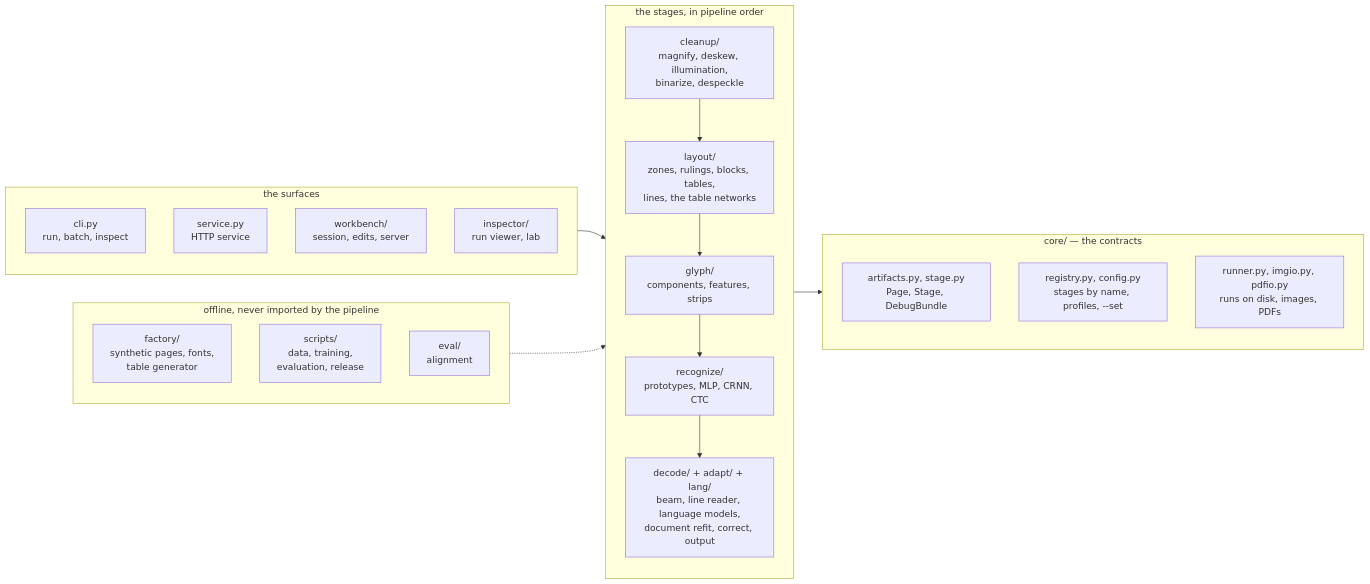
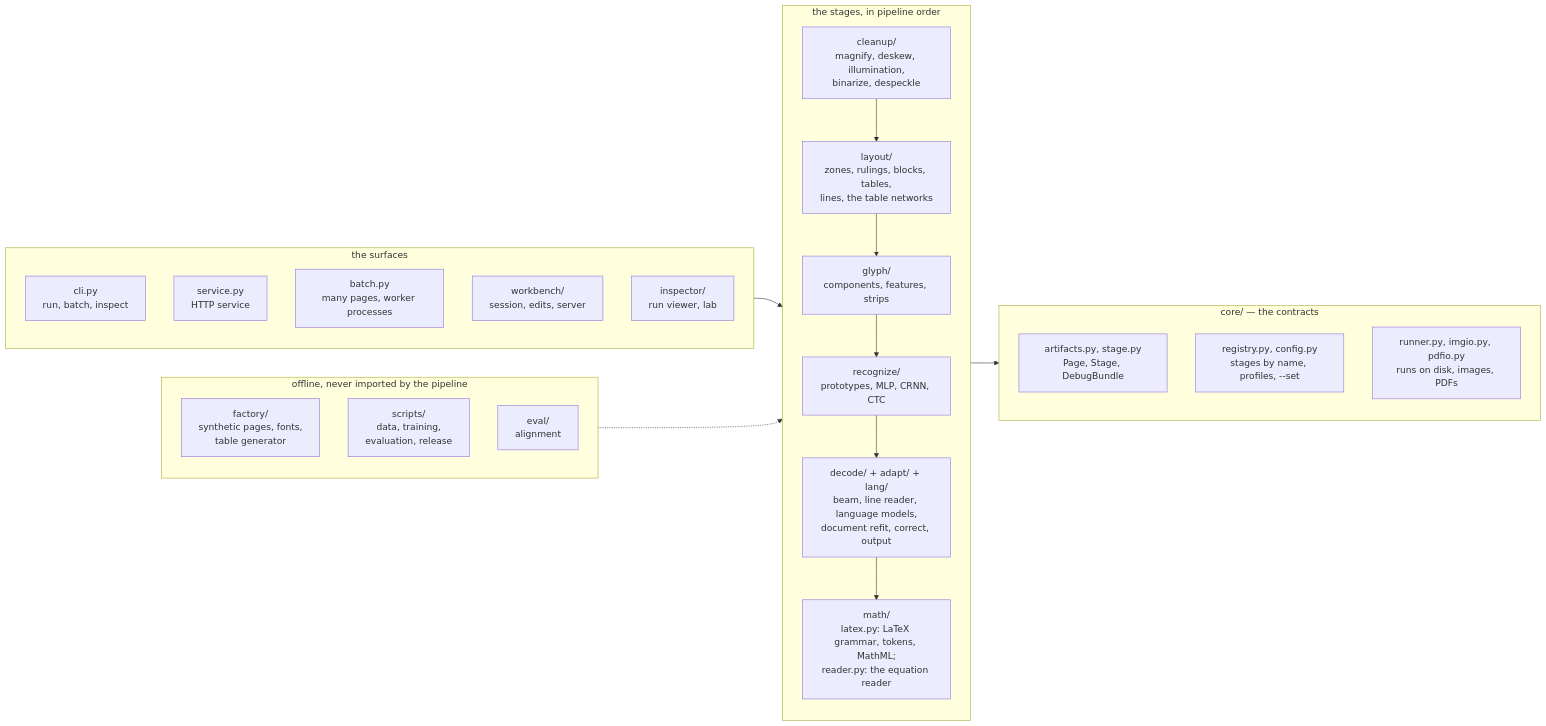
Before and after one commit to msharpe248/mlws-ocr: the second of 13 diagrams in docs/ARCHITECTURE.md, drawn with Mermaid. The commit also changed other lines of this file and 25 other files, not shown here.

````diff
--- a/docs/ARCHITECTURE.md
+++ b/docs/ARCHITECTURE.md
@@ -76,33 +76,35 @@
 ```mermaid
 flowchart LR
     subgraph surfaces["the surfaces"]
         direction TB
         cli["cli.py<br/>run, batch, inspect"]
         service["service.py<br/>HTTP service"]
+        batch["batch.py<br/>many pages, worker processes"]
         workbench["workbench/<br/>session, edits, server"]
         inspector["inspector/<br/>run viewer, lab"]
     end
     subgraph stages["the stages, in pipeline order"]
         direction TB
         cleanup["cleanup/<br/>magnify, deskew, illumination,<br/>binarize, despeckle"]
         layout["layout/<br/>zones, rulings, blocks, tables,<br/>lines, the table networks"]
         glyph["glyph/<br/>components, features, strips"]
         recognize["recognize/<br/>prototypes, MLP, CRNN, CTC"]
         decode["decode/ + adapt/ + lang/<br/>beam, line reader, language models,<br/>document refit, correct, output"]
-        cleanup --> layout --> glyph --> recognize --> decode
+        math["math/<br/>latex.py: LaTeX grammar, tokens, MathML;<br/>reader.py: the equation reader"]
+        cleanup --> layout --> glyph --> recognize --> decode --> math
     end
     subgraph core["core/ — the contracts"]
         direction TB
         page["artifacts.py, stage.py<br/>Page, Stage, DebugBundle"]
         reg["registry.py, config.py<br/>stages by name, profiles, --set"]
         run["runner.py, imgio.py, pdfio.py<br/>runs on disk, images, PDFs"]
     end
     subgraph offline["offline, never imported by the pipeline"]
         direction TB
         factory["factory/<br/>synthetic pages, fonts,<br/>table generator"]
         scripts["scripts/<br/>data, training,<br/>evaluation, release"]
         evalpkg["eval/<br/>alignment"]
     end
     surfaces --> stages --> core
     offline -.-> stages
 ```
````
